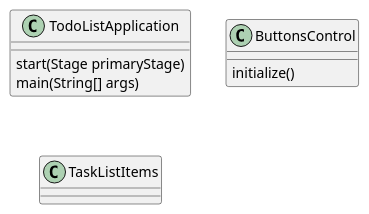
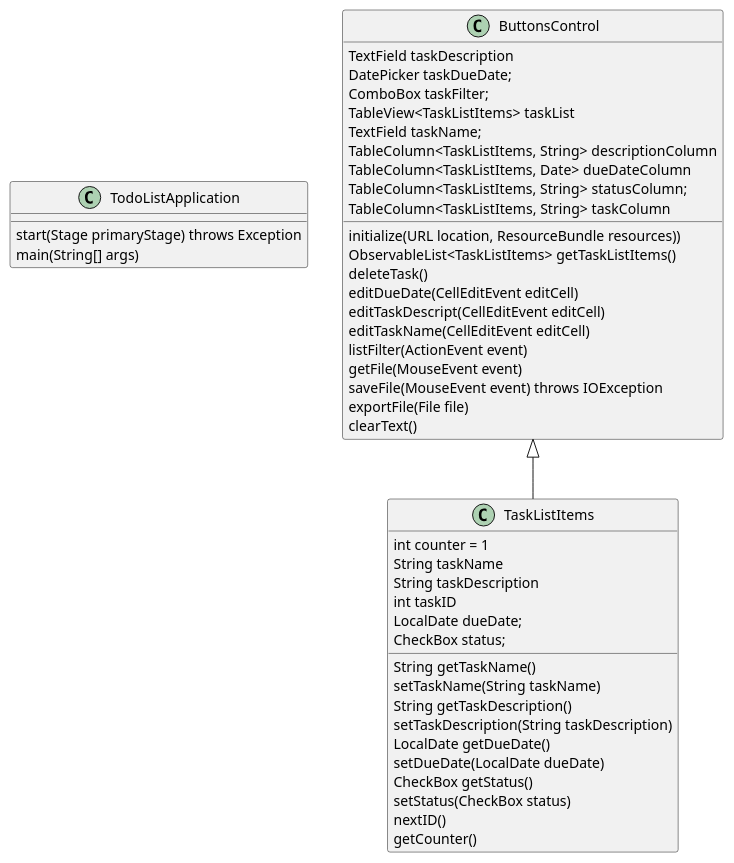
Before and after one commit to lins0409/lin-app1-imp1: the diagram in TodoListApplication/docs/App1_diagram.puml, drawn with PlantUML. The commit also changed 3 other files, not shown here.

```diff
--- a/TodoListApplication/docs/App1_diagram.puml
+++ b/TodoListApplication/docs/App1_diagram.puml
@@ -1,18 +1,54 @@
 @startuml
 'https://plantuml.com/class-diagram
 
 
 class TodoListApplication {
-start(Stage primaryStage)
+start(Stage primaryStage) throws Exception
 main(String[] args)
 }
 
 class ButtonsControl {
-initialize()
+TextField taskDescription
+DatePicker taskDueDate;
+ComboBox taskFilter;
+TableView<TaskListItems> taskList
+TextField taskName;
+TableColumn<TaskListItems, String> descriptionColumn
+TableColumn<TaskListItems, Date> dueDateColumn
+TableColumn<TaskListItems, String> statusColumn;
+TableColumn<TaskListItems, String> taskColumn
+initialize(URL location, ResourceBundle resources))
+ObservableList<TaskListItems> getTaskListItems()
+deleteTask()
+editDueDate(CellEditEvent editCell)
+editTaskDescript(CellEditEvent editCell)
+editTaskName(CellEditEvent editCell)
+listFilter(ActionEvent event)
+getFile(MouseEvent event)
+saveFile(MouseEvent event) throws IOException
+exportFile(File file)
+clearText()
 }
 
+ButtonsControl <|-- TaskListItems
+
 class TaskListItems{
-
+int counter = 1
+String taskName
+String taskDescription
+int taskID
+LocalDate dueDate;
+CheckBox status;
+String getTaskName()
+setTaskName(String taskName)
+String getTaskDescription()
+setTaskDescription(String taskDescription)
+LocalDate getDueDate()
+setDueDate(LocalDate dueDate)
+CheckBox getStatus()
+setStatus(CheckBox status)
+nextID()
+getCounter()
 }
 
 @enduml
```
